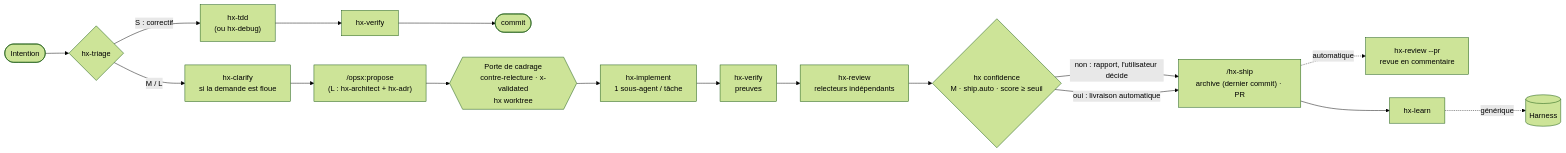
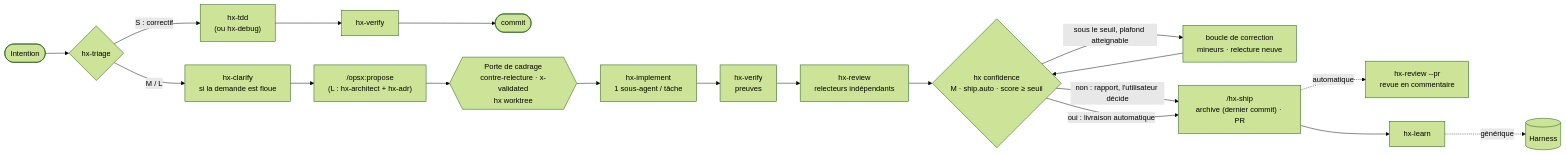
Before and after one commit to PatayEnCroute/Harness: the second of 4 diagrams in docs/PLAN.md, drawn with Mermaid (forest theme). The commit also changed other lines of this file and 23 other files, not shown here.

First line of the commit message:
Boucle de correction avant la livraison automatique

````diff
--- a/docs/PLAN.md
+++ b/docs/PLAN.md
@@ -54,17 +54,18 @@
 ```mermaid
 flowchart LR
   I([Intention]) --> T{hx-triage}
   T -->|S : correctif| TDD["hx-tdd<br/>(ou hx-debug)"]
   TDD --> VS[hx-verify] --> CM([commit])
   T -->|M / L| C["hx-clarify<br/>si la demande est floue"] --> P["/opsx:propose<br/>(L : hx-architect + hx-adr)"]
   P --> G{{"Porte de cadrage<br/>contre-relecture · x-validated<br/>hx worktree"}}
   G --> IM["hx-implement<br/>1 sous-agent / tâche"]
   IM --> V["hx-verify<br/>preuves"]
   V --> RV["hx-review<br/>relecteurs indépendants"]
   RV --> HC{"hx confidence<br/>M · ship.auto · score ≥ seuil"}
+  HC -->|"sous le seuil, plafond atteignable"| FX["boucle de correction<br/>mineurs · relecture neuve"] --> HC
   HC -->|non : rapport, l'utilisateur décide| SH["/hx-ship<br/>archive (dernier commit) · PR"]
   HC -->|oui : livraison automatique| SH
   SH -.->|automatique| PR["hx-review --pr<br/>revue en commentaire"]
   SH --> L[hx-learn]
   L -.->|générique| HX[(Harness)]
 ```
````
